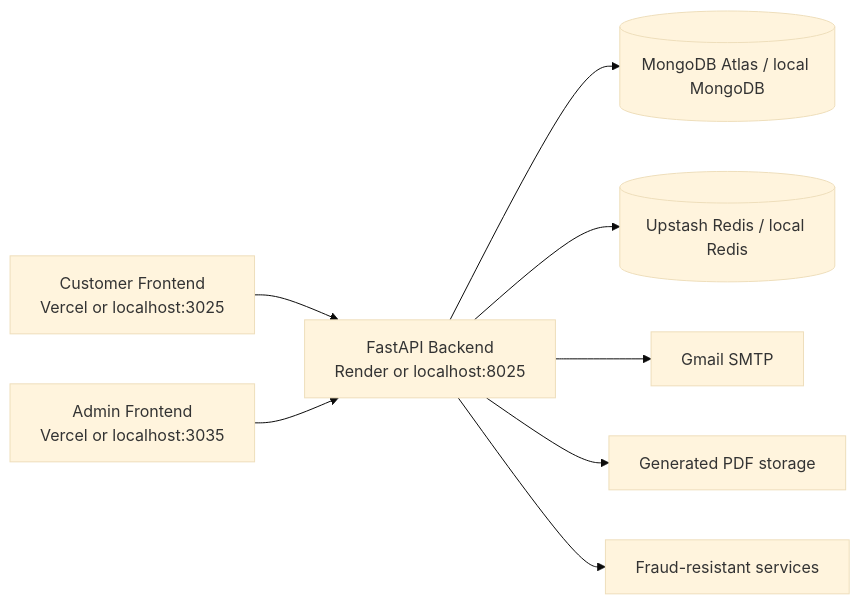
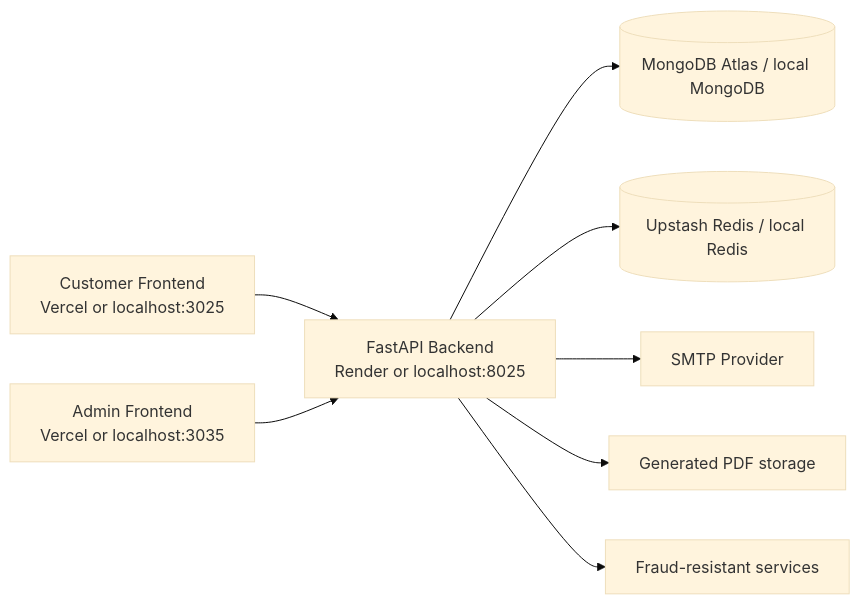
The first of 3 diagrams in docs/ARCHITECTURE.md (Shyam-2315/fraud-proof-pdf-platform), drawn with Mermaid (base theme) before and after one commit. The commit also changed other lines of this file and 17 other files, not shown here.

````diff
--- a/docs/ARCHITECTURE.md
+++ b/docs/ARCHITECTURE.md
@@ -13,10 +13,10 @@
 ```mermaid
 flowchart LR
   Customer[Customer Frontend<br/>Vercel or localhost:3025] --> API[FastAPI Backend<br/>Render or localhost:8025]
   Admin[Admin Frontend<br/>Vercel or localhost:3035] --> API
   API --> Mongo[(MongoDB Atlas / local MongoDB)]
   API --> Redis[(Upstash Redis / local Redis)]
-  API --> SMTP[Gmail SMTP]
+  API --> SMTP[SMTP Provider]
   API --> Storage[Generated PDF storage]
   API --> Fraud[Fraud-resistant services]
 ```
````
